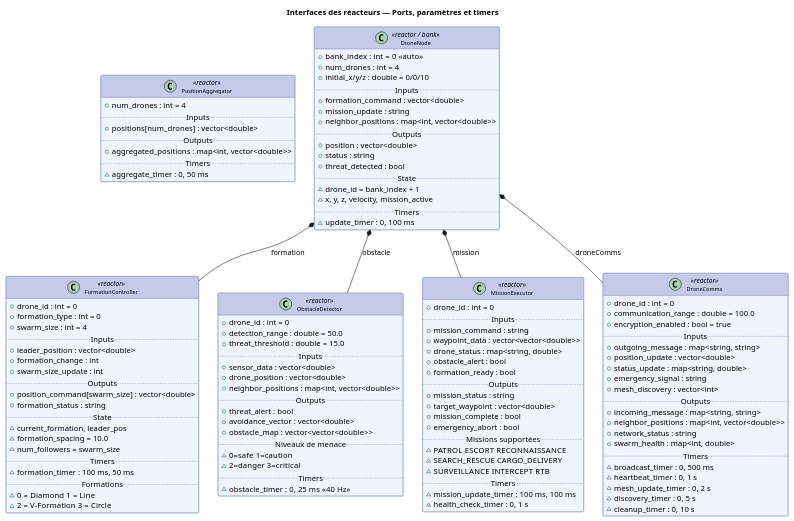
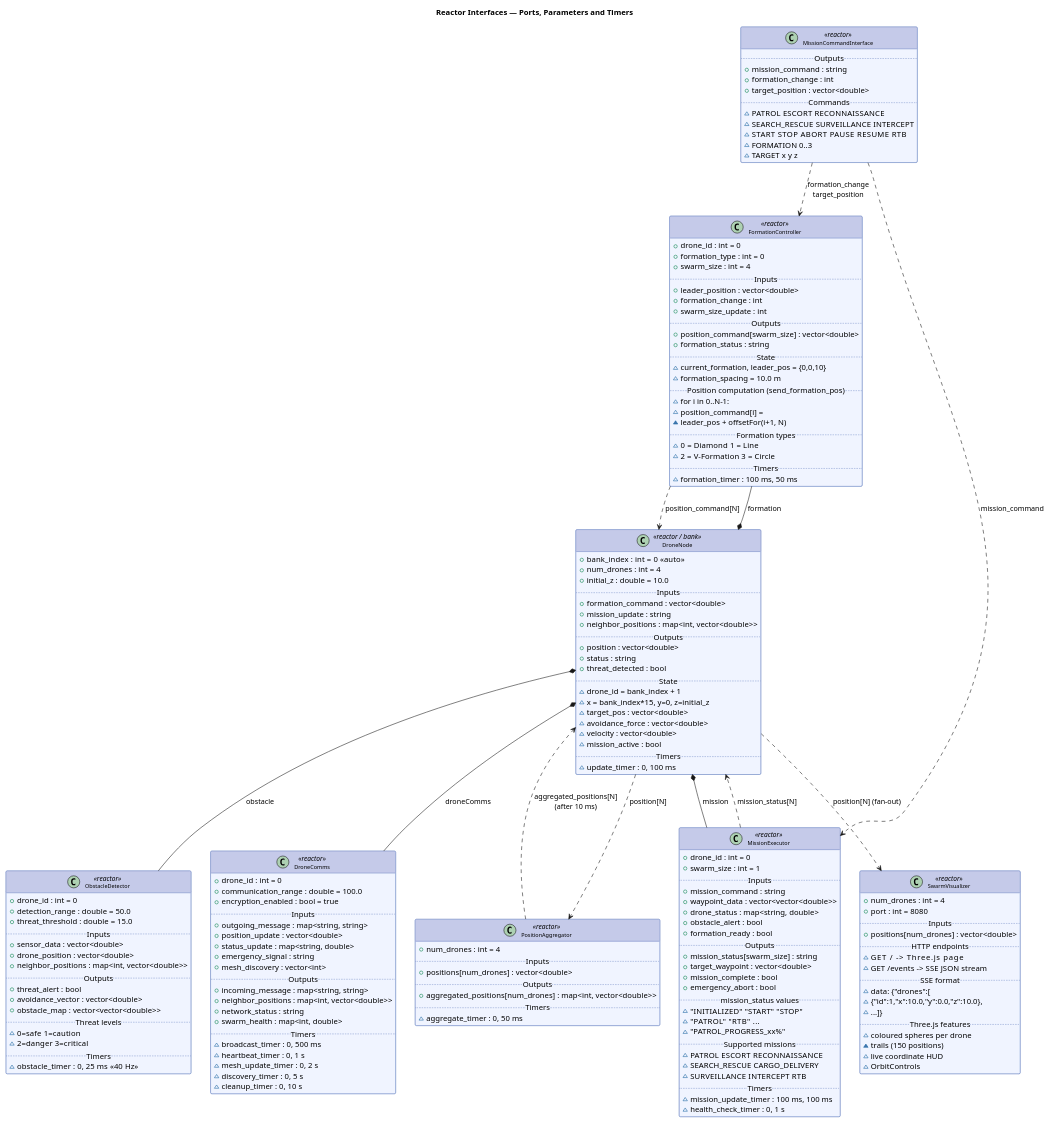
Before and after one commit to xwarzee/uav_lf: the diagram in doc/diagrams/03_reactors_interfaces.puml, drawn with PlantUML. The commit also changed 5 other files, not shown here.

Commit message:
update architecture doc and diagrams to cover visualization and support of n drones

```diff
--- a/doc/diagrams/03_reactors_interfaces.puml
+++ b/doc/diagrams/03_reactors_interfaces.puml
@@ -1,140 +1,197 @@
 @startuml 03_reactors_interfaces
 skinparam classBackgroundColor #F0F4FF
 skinparam classBorderColor #3355AA
 skinparam classHeaderBackgroundColor #C5CAE9
 skinparam backgroundColor #FFFFFF
 skinparam defaultFontName Helvetica
 skinparam class {
     FontSize 10
 }
 
-title Interfaces des réacteurs — Ports, paramètres et timers
+title Reactor Interfaces — Ports, Parameters and Timers
+
+class "MissionCommandInterface" <<reactor>> {
+    ' Detached thread: reads stdin, schedules physical action
+    ..Outputs..
+    + mission_command : string
+    + formation_change : int
+    + target_position : vector<double>
+    ..Commands..
+    ~ PATROL  ESCORT  RECONNAISSANCE
+    ~ SEARCH_RESCUE  SURVEILLANCE  INTERCEPT
+    ~ START  STOP  ABORT  PAUSE  RESUME  RTB
+    ~ FORMATION 0..3
+    ~ TARGET x y z
+}
 
 class "PositionAggregator" <<reactor>> {
-    ' Paramètres
+    ' Parameters
     + num_drones : int = 4
     ..Inputs..
     + positions[num_drones] : vector<double>
     ..Outputs..
-    + aggregated_positions : map<int, vector<double>>
+    + aggregated_positions[num_drones] : map<int, vector<double>>
     ..Timers..
     ~ aggregate_timer : 0, 50 ms
 }
 
 class "DroneNode" <<reactor / bank>> {
-    ' Paramètres
+    ' Parameters
     + bank_index : int = 0  «auto»
     + num_drones : int = 4
-    + initial_x/y/z : double = 0/0/10
+    + initial_z : double = 10.0
     ..Inputs..
     + formation_command : vector<double>
     + mission_update : string
     + neighbor_positions : map<int, vector<double>>
     ..Outputs..
     + position : vector<double>
     + status : string
     + threat_detected : bool
     ..State..
     ~ drone_id = bank_index + 1
-    ~ x, y, z, velocity, mission_active
+    ~ x = bank_index*15, y=0, z=initial_z
+    ~ target_pos : vector<double>
+    ~ avoidance_force : vector<double>
+    ~ velocity : vector<double>
+    ~ mission_active : bool
     ..Timers..
     ~ update_timer : 0, 100 ms
 }
 
 class "FormationController" <<reactor>> {
-    ' Paramètres
+    ' Parameters
     + drone_id : int = 0
     + formation_type : int = 0
     + swarm_size : int = 4
     ..Inputs..
     + leader_position : vector<double>
     + formation_change : int
     + swarm_size_update : int
     ..Outputs..
     + position_command[swarm_size] : vector<double>
     + formation_status : string
     ..State..
-    ~ current_formation, leader_pos
-    ~ formation_spacing = 10.0
-    ~ num_followers = swarm_size
+    ~ current_formation, leader_pos = {0,0,10}
+    ~ formation_spacing = 10.0 m
+    ..Position computation (send_formation_pos)..
+    ~ for i in 0..N-1:
+    ~   position_command[i] =
+    ~     leader_pos + offsetFor(i+1, N)
+    ..Formation types..
+    ~ 0 = Diamond  1 = Line
+    ~ 2 = V-Formation  3 = Circle
     ..Timers..
     ~ formation_timer : 100 ms, 50 ms
-    ..Formations..
-    ~ 0 = Diamond  1 = Line
-    ~ 2 = V-Formation  3 = Circle
 }
 
 class "ObstacleDetector" <<reactor>> {
-    ' Paramètres
+    ' Parameters
     + drone_id : int = 0
     + detection_range : double = 50.0
     + threat_threshold : double = 15.0
     ..Inputs..
     + sensor_data : vector<double>
     + drone_position : vector<double>
     + neighbor_positions : map<int, vector<double>>
     ..Outputs..
     + threat_alert : bool
     + avoidance_vector : vector<double>
     + obstacle_map : vector<vector<double>>
-    ..Niveaux de menace..
+    ..Threat levels..
     ~ 0=safe  1=caution
     ~ 2=danger  3=critical
     ..Timers..
     ~ obstacle_timer : 0, 25 ms  «40 Hz»
 }
 
 class "MissionExecutor" <<reactor>> {
-    ' Paramètres
+    ' Parameters
     + drone_id : int = 0
+    + swarm_size : int = 1
     ..Inputs..
     + mission_command : string
     + waypoint_data : vector<vector<double>>
     + drone_status : map<string, double>
     + obstacle_alert : bool
     + formation_ready : bool
     ..Outputs..
-    + mission_status : string
+    + mission_status[swarm_size] : string
     + target_waypoint : vector<double>
     + mission_complete : bool
     + emergency_abort : bool
-    ..Missions supportées..
+    ..mission_status values..
+    ~ "INITIALIZED"  "START"  "STOP"
+    ~ "PATROL"  "RTB"  ...
+    ~ "PATROL_PROGRESS_xx%"
+    ..Supported missions..
     ~ PATROL  ESCORT  RECONNAISSANCE
     ~ SEARCH_RESCUE  CARGO_DELIVERY
     ~ SURVEILLANCE  INTERCEPT  RTB
     ..Timers..
     ~ mission_update_timer : 100 ms, 100 ms
     ~ health_check_timer : 0, 1 s
 }
 
 class "DroneComms" <<reactor>> {
-    ' Paramètres
+    ' Parameters
     + drone_id : int = 0
     + communication_range : double = 100.0
     + encryption_enabled : bool = true
     ..Inputs..
     + outgoing_message : map<string, string>
     + position_update : vector<double>
     + status_update : map<string, double>
     + emergency_signal : string
     + mesh_discovery : vector<int>
     ..Outputs..
     + incoming_message : map<string, string>
     + neighbor_positions : map<int, vector<double>>
     + network_status : string
     + swarm_health : map<int, double>
     ..Timers..
     ~ broadcast_timer : 0, 500 ms
     ~ heartbeat_timer : 0, 1 s
     ~ mesh_update_timer : 0, 2 s
     ~ discovery_timer : 0, 5 s
     ~ cleanup_timer : 0, 10 s
 }
 
-' Composition
+class "SwarmVisualizer" <<reactor>> {
+    ' Embedded HTTP+SSE server (POSIX sockets)
+    ' HTML page in swarm_viz_html.hh
+    ' Parameters
+    + num_drones : int = 4
+    + port : int = 8080
+    ..Inputs..
+    + positions[num_drones] : vector<double>
+    ..HTTP endpoints..
+    ~ GET /        -> Three.js page
+    ~ GET /events  -> SSE JSON stream
+    ..SSE format..
+    ~ data: {"drones":[
+    ~   {"id":1,"x":10.0,"y":0.0,"z":10.0},
+    ~   ...]}
+    ..Three.js features..
+    ~ coloured spheres per drone
+    ~ trails (150 positions)
+    ~ live coordinate HUD
+    ~ OrbitControls
+}
+
+' Composition inside DroneNode
 DroneNode *-- FormationController : formation
 DroneNode *-- ObstacleDetector   : obstacle
 DroneNode *-- MissionExecutor    : mission
 DroneNode *-- DroneComms         : droneComms
 
+' DroneSwarm-level connections
+MissionCommandInterface ..> MissionExecutor    : mission_command
+MissionCommandInterface ..> FormationController : formation_change\ntarget_position
+FormationController     ..> DroneNode          : position_command[N]
+MissionExecutor         ..> DroneNode          : mission_status[N]
+DroneNode               ..> PositionAggregator : position[N]
+PositionAggregator      ..> DroneNode          : aggregated_positions[N]\n(after 10 ms)
+DroneNode               ..> SwarmVisualizer    : position[N] (fan-out)
+
 @enduml
```
